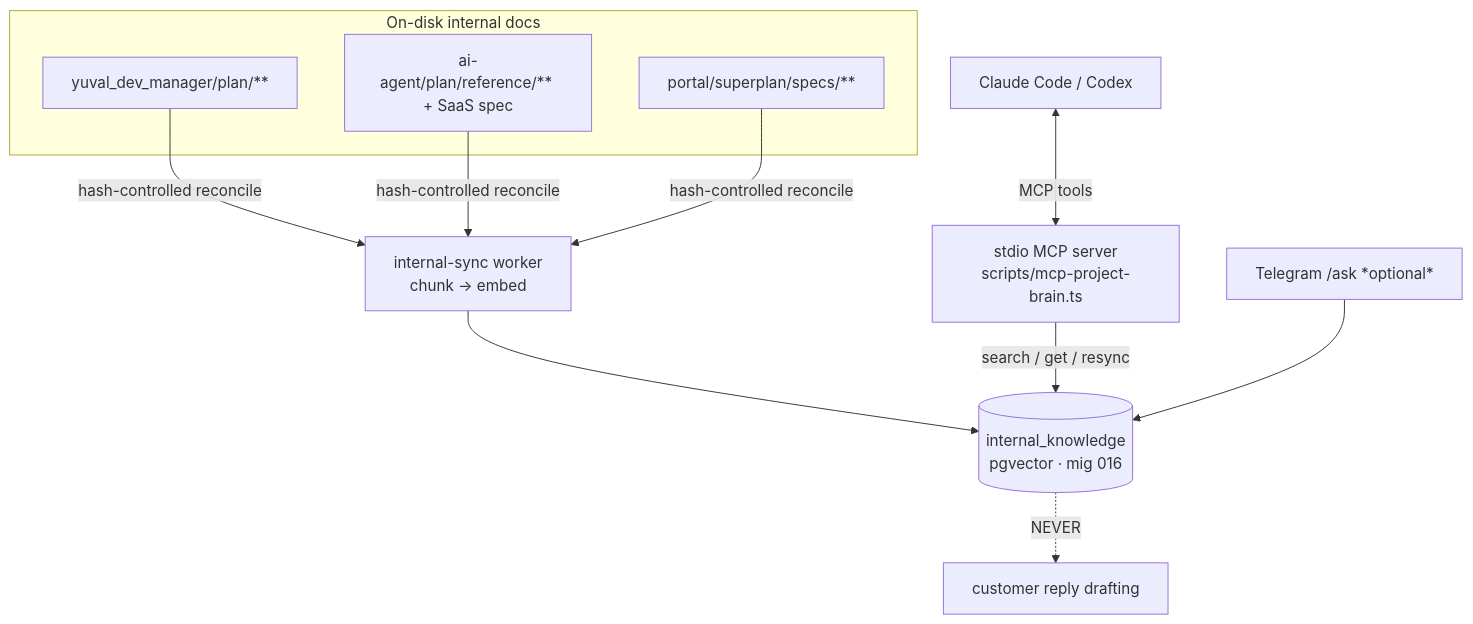
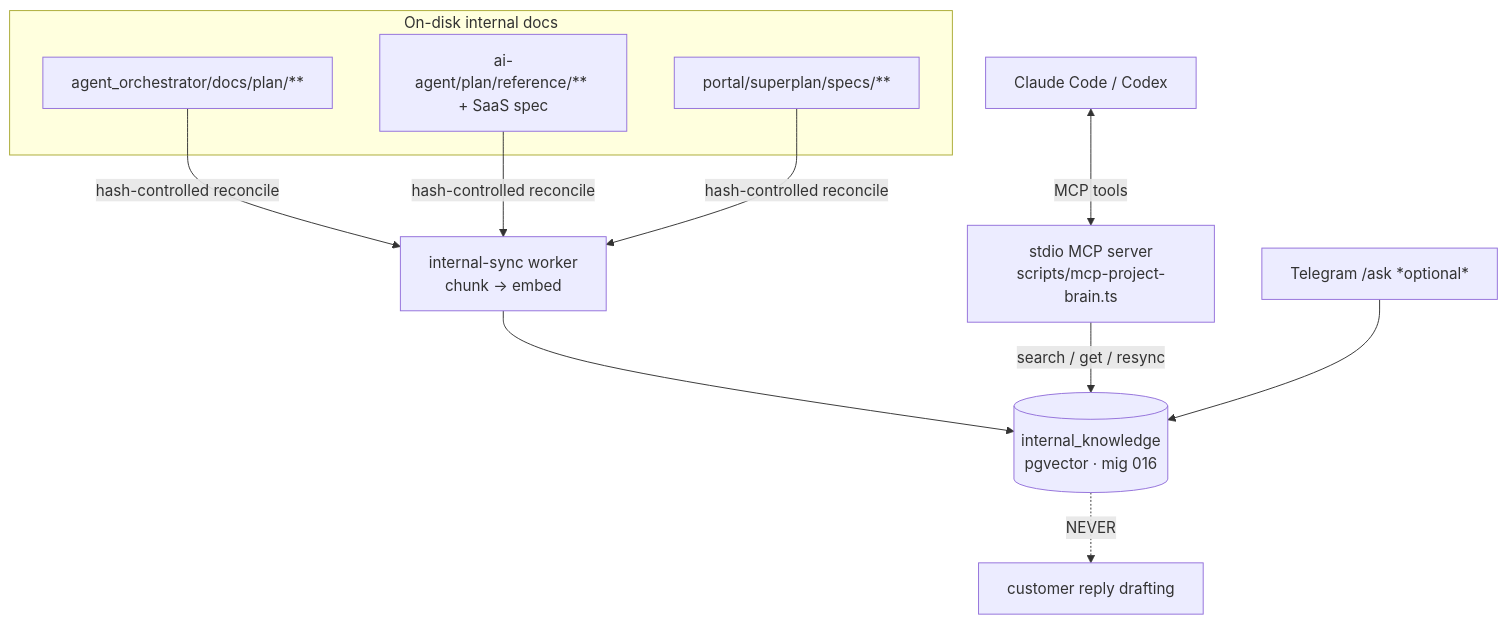
One commit to yuvalezy/agent_orchestrator changed the diagram in docs/project-brain.md. Above: the diagram before and after it, drawn with Mermaid. The commit also changed 74 other files, not shown here.

First line of the commit message:
docs: migrate agent-orchestration planning workspace from yuval_dev_manager

````diff
--- a/docs/project-brain.md
+++ b/docs/project-brain.md
@@ -41,14 +41,14 @@
 ```mermaid
 flowchart TD
   subgraph disk[On-disk internal docs]
-    P1[yuval_dev_manager/plan/**]
+    P1[agent_orchestrator/docs/plan/**]
     P2[ai-agent/plan/reference/** + SaaS spec]
     P3[portal/superplan/specs/**]
   end
   P1 & P2 & P3 -->|hash-controlled reconcile| SY[internal-sync worker<br/>chunk → embed]
   SY --> IK[(internal_knowledge<br/>pgvector · mig 016)]
   MCP[stdio MCP server<br/>scripts/mcp-project-brain.ts] -->|search / get / resync| IK
   CC[Claude Code / Codex] <-->|MCP tools| MCP
   TG[Telegram /ask *optional*] --> IK
   IK -. NEVER .-> CUST[customer reply drafting]
 ```
````
